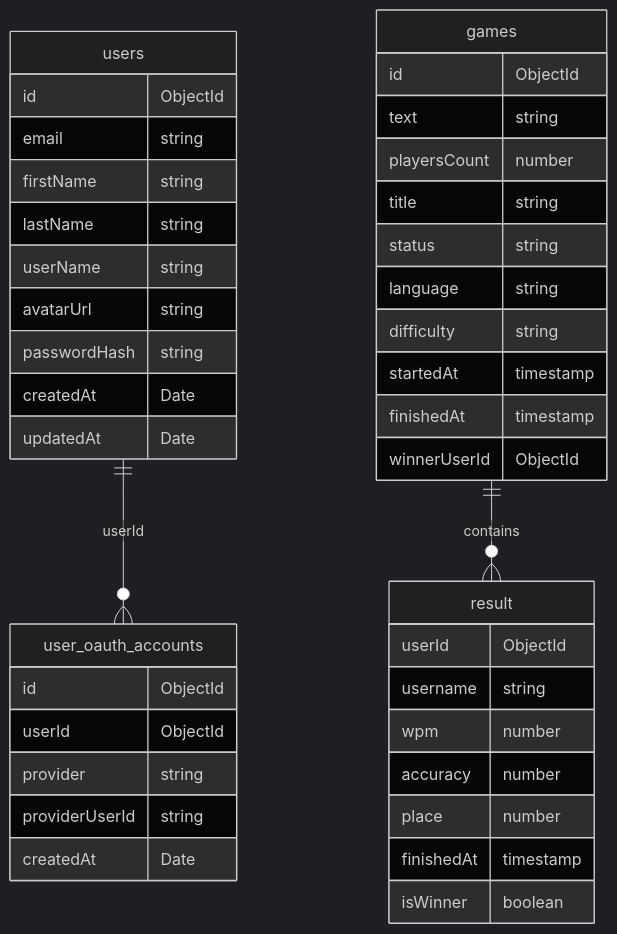
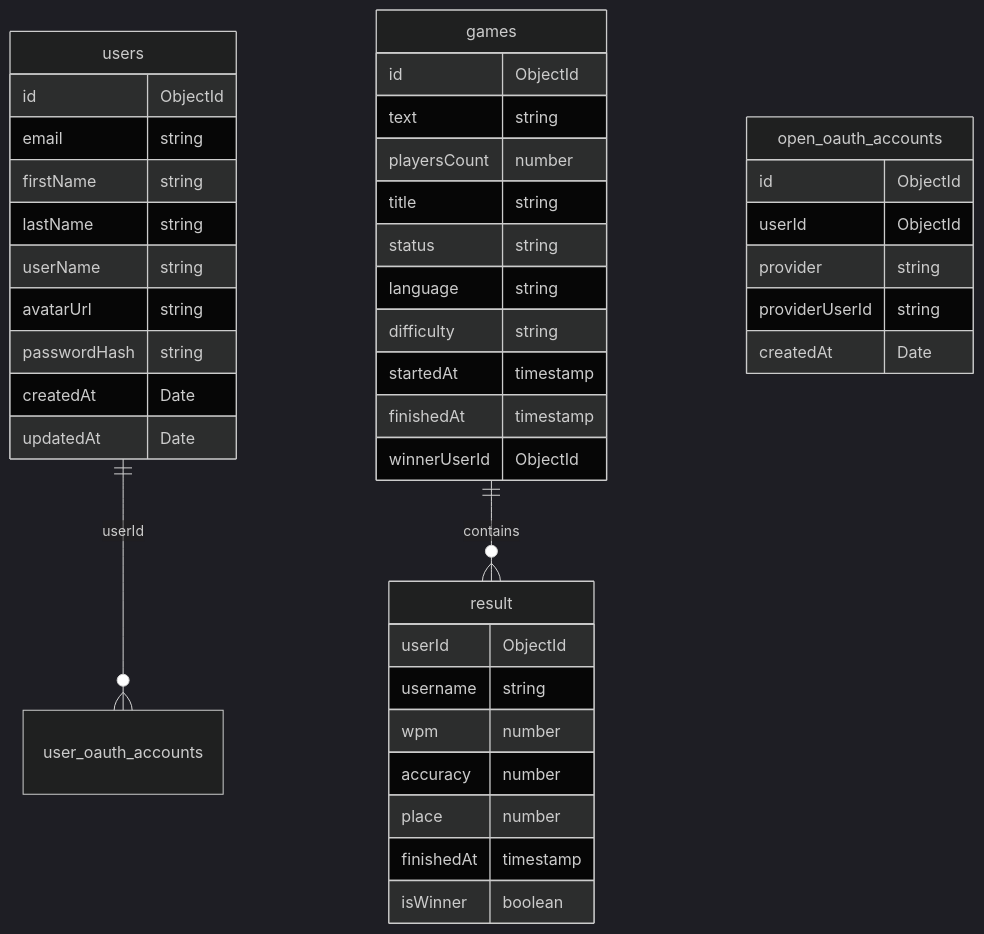
Before and after one commit to Icerock10/typing-race: the diagram in README.md, drawn with Mermaid (dark theme). The commit also changed 4 other files, not shown here.

````diff
--- a/README.md
+++ b/README.md
@@ -34,45 +34,45 @@
 ```mermaid
 erDiagram
     users ||--o{ user_oauth_accounts : userId
     games ||--o{ result : contains
 
     users {
         id ObjectId
         email string
         firstName string
         lastName string
         userName string
         avatarUrl string
         passwordHash string
         createdAt Date
         updatedAt Date
     }
-    user_oauth_accounts {
+    open_oauth_accounts {
         id ObjectId
         userId ObjectId
         provider string
         providerUserId string
         createdAt Date
     }
     games {
         id ObjectId
         text string
         playersCount number
         title string
         status string
         language string
         difficulty string
         startedAt timestamp
         finishedAt timestamp
         winnerUserId ObjectId
     }
     result {
         userId ObjectId
         username string
         wpm number
         accuracy number
         place number
         finishedAt timestamp
         isWinner boolean
     }
 ```
````
